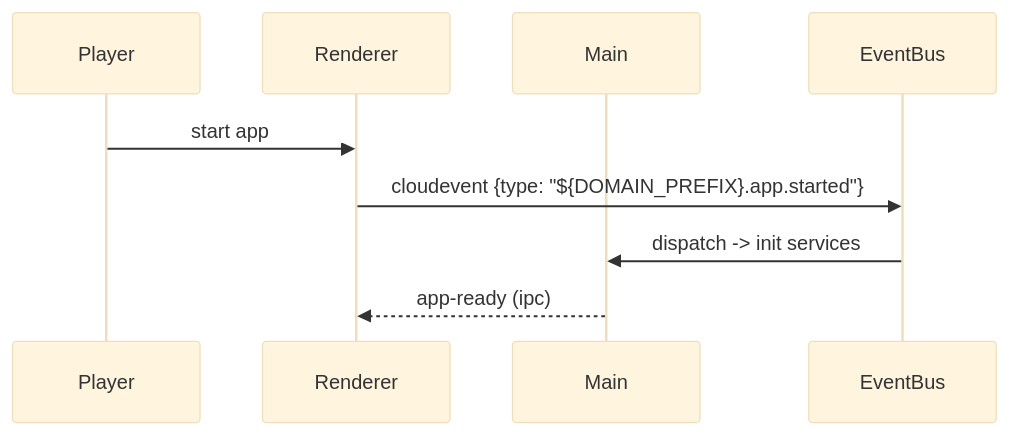
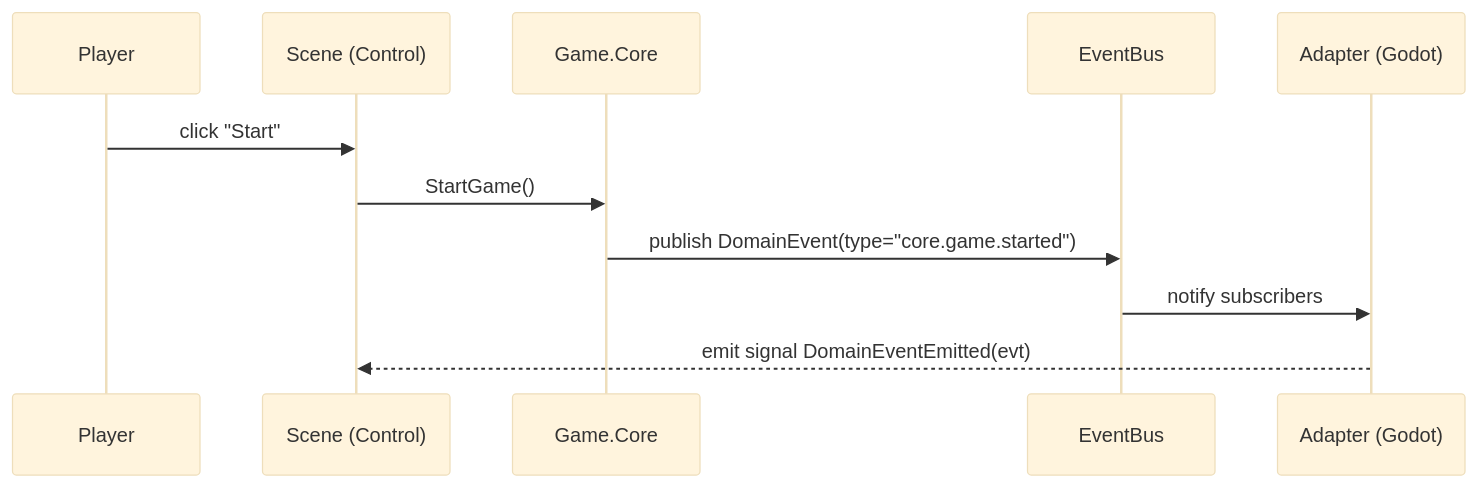
One commit to skyoxu/sanguo changed the third of 3 diagrams in docs/architecture/base/04-system-context-c4-event-flows-v2.md. Above: the diagram before and after it, drawn with Mermaid (base theme). The commit also changed other lines of this file and 136 other files, not shown here.

````diff
--- a/docs/architecture/base/04-system-context-c4-event-flows-v2.md
+++ b/docs/architecture/base/04-system-context-c4-event-flows-v2.md
@@ -178,11 +76,14 @@
 ```mermaid
 sequenceDiagram
   participant Player
-  participant UI as Renderer
-  participant Main
+  participant UI as Scene (Control)
+  participant Core as Game.Core
   participant Bus as EventBus
-  Player->>UI: start app
-  UI->>Bus: cloudevent {type: "${DOMAIN_PREFIX}.app.started"}
-  Bus->>Main: dispatch -> init services
-  Main-->>UI: app-ready (ipc)
+  participant Adp as Adapter (Godot)
+
+  Player->>UI: click "Start"
+  UI->>Core: StartGame()
+  Core->>Bus: publish DomainEvent(type="core.game.started")
+  Bus->>Adp: notify subscribers
+  Adp-->>UI: emit signal DomainEventEmitted(evt)
 ```
````
